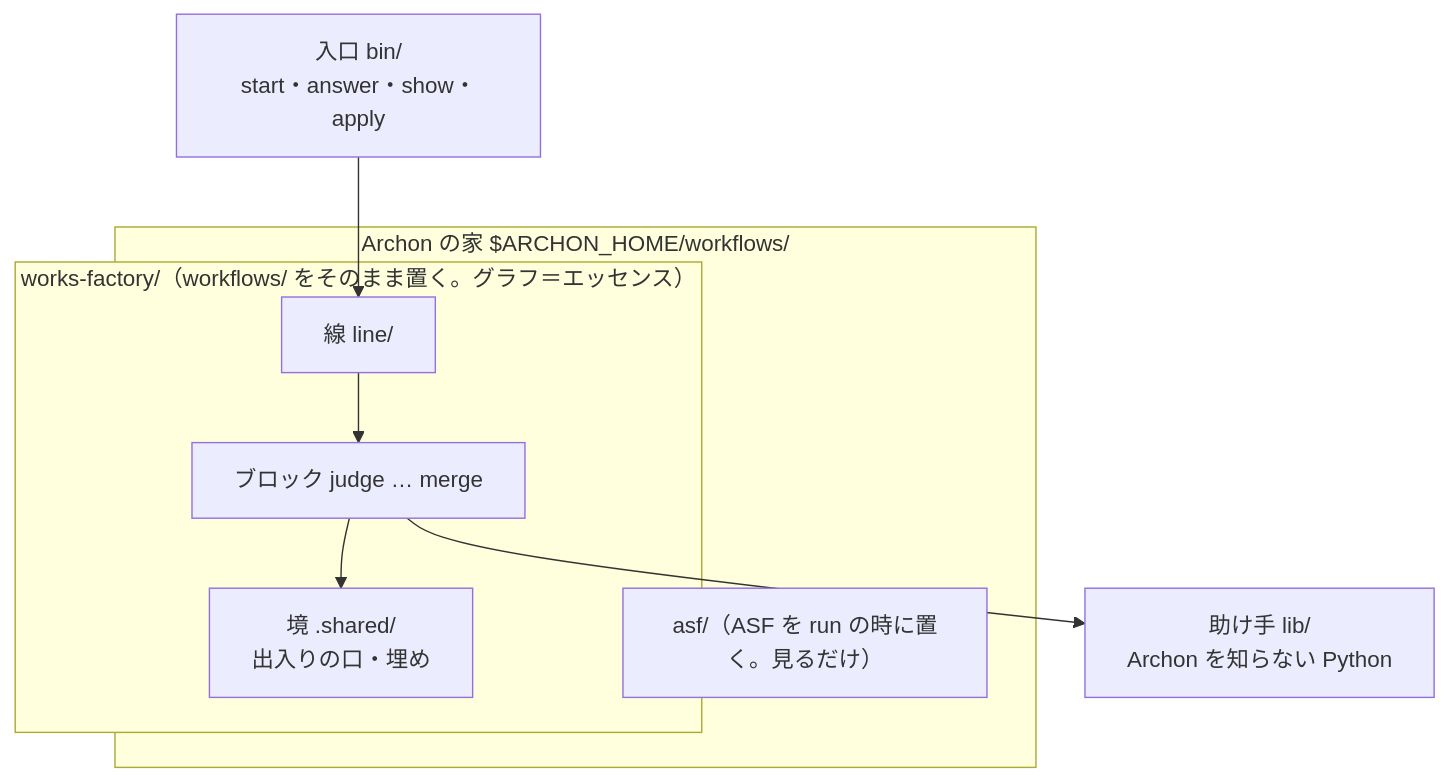
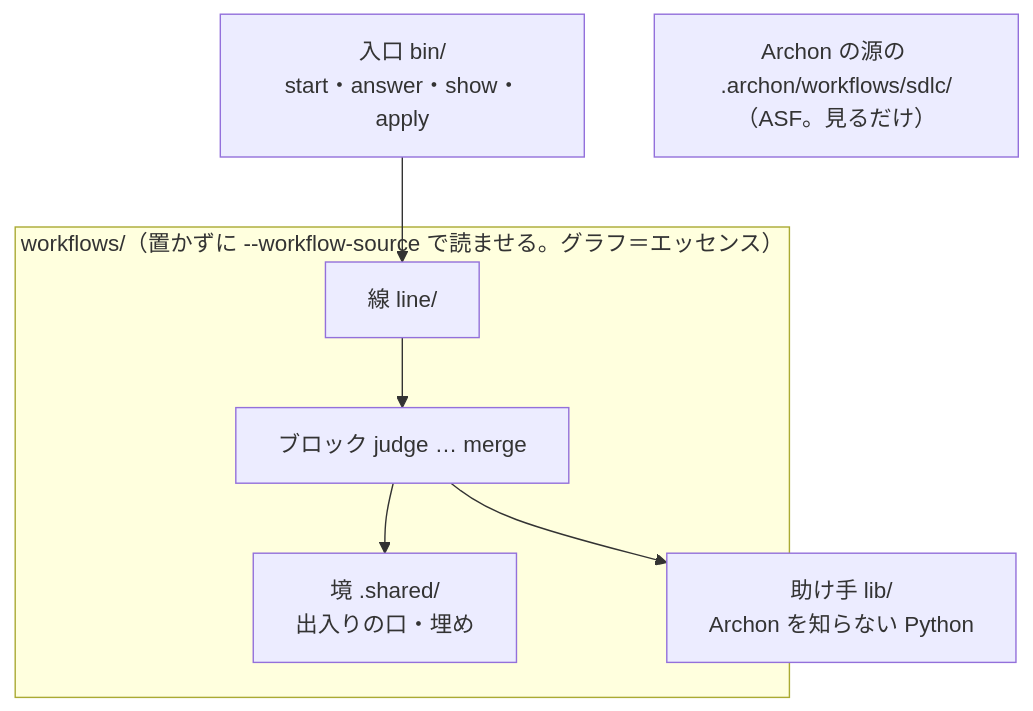
Before and after one commit to raiki61/works-factory: the first of 2 diagrams in docs/design.md, drawn with Mermaid. The commit also changed other lines of this file and 17 other files, not shown here.

First line of the commit message:
Archon を ASF と同じ源から bun で起こし、版を factory/pack.json の 1 か所だけにする (#28)

````diff
--- a/docs/design.md
+++ b/docs/design.md
@@ -37,17 +38,15 @@
 ```mermaid
 flowchart TB
   entry["入口 bin/<br/>start・answer・show・apply"]
-  subgraph home["Archon の家 $ARCHON_HOME/workflows/"]
-    subgraph ours["works-factory/（workflows/ をそのまま置く。グラフ＝エッセンス）"]
-      line["線 line/"]
-      blocks["ブロック judge … merge"]
-      shared["境 .shared/<br/>出入りの口・埋め"]
-    end
-    asf["asf/（ASF を run の時に置く。見るだけ）"]
+  subgraph ours["workflows/（置かずに --workflow-source で読ませる。グラフ＝エッセンス）"]
+    line["線 line/"]
+    blocks["ブロック judge … merge"]
+    shared["境 .shared/<br/>出入りの口・埋め"]
   end
+  asf["Archon の源の .archon/workflows/sdlc/（ASF。見るだけ）"]
   lib["助け手 lib/<br/>Archon を知らない Python"]
   entry --> line
   line --> blocks
   blocks --> shared
   blocks --> lib
 ```
````
